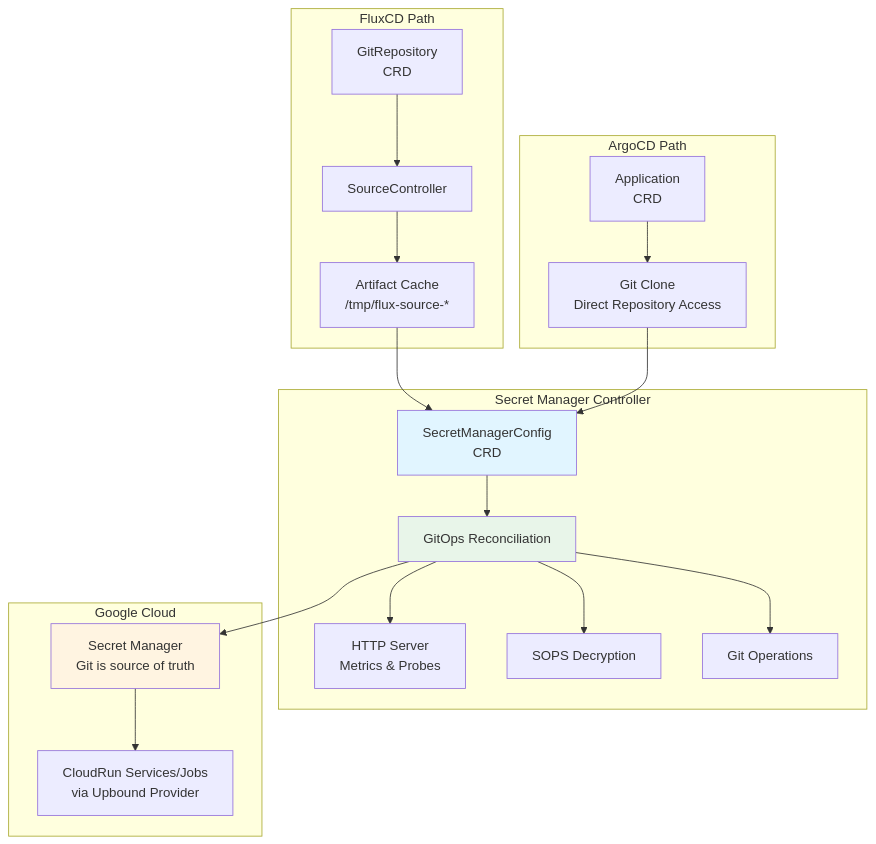
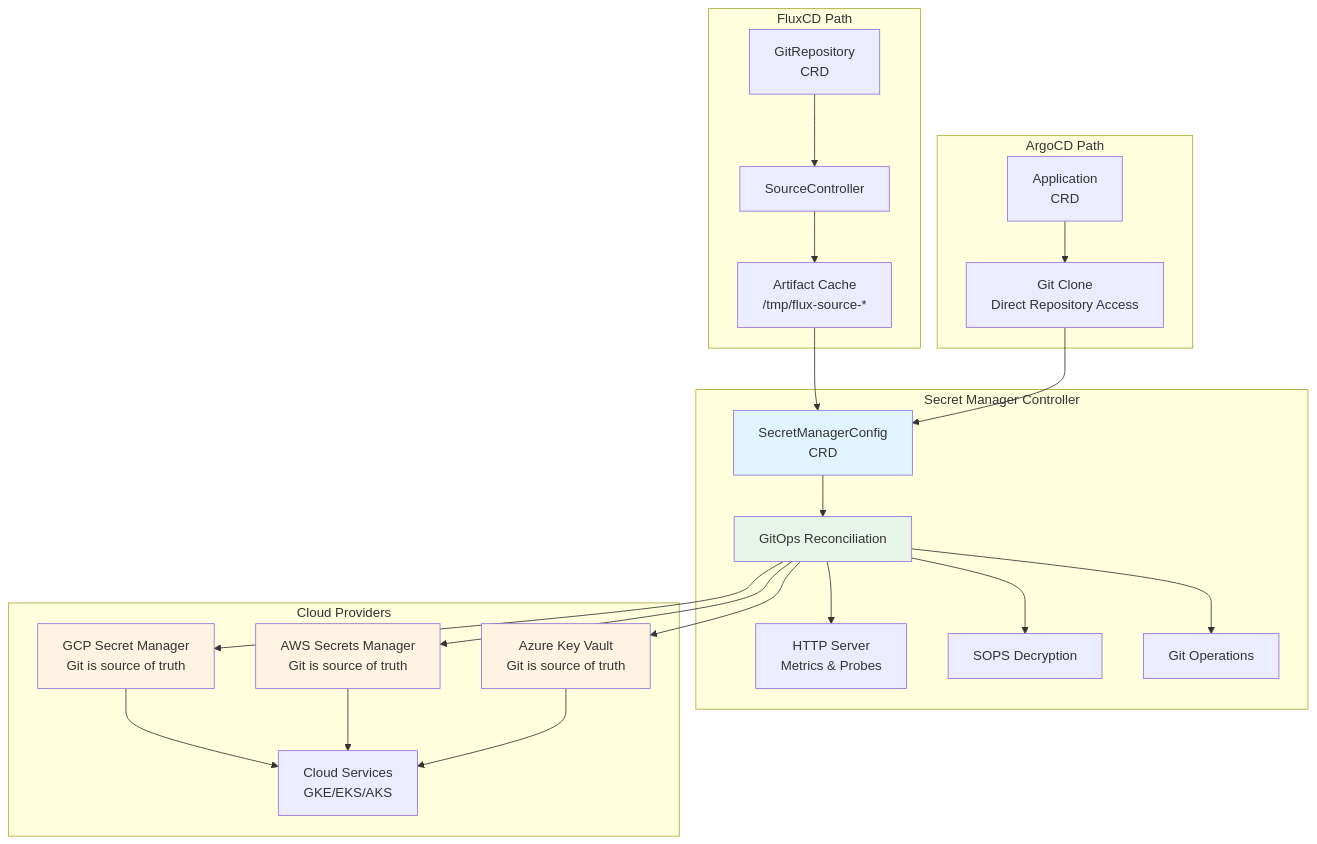
One commit to octopilot/secret-manager-controller changed the first of 3 diagrams in README.md. Above: the diagram before and after it, drawn with Mermaid. The commit also changed other lines of this file and 36 other files, not shown here.

Commit message:
aws and azure

````diff
--- a/README.md
+++ b/README.md
@@ -19,43 +23,51 @@
 ```mermaid
 flowchart TB
     subgraph FluxCD["FluxCD Path"]
         FR[GitRepository<br/>CRD]
         SC[SourceController]
         AC[Artifact Cache<br/>/tmp/flux-source-*]
         FR --> SC
         SC --> AC
     end
     
     subgraph ArgoCD["ArgoCD Path"]
         AA[Application<br/>CRD]
         GC[Git Clone<br/>Direct Repository Access]
         AA --> GC
     end
     
     subgraph Controller["Secret Manager Controller"]
         CRD[SecretManagerConfig<br/>CRD]
         HTTP[HTTP Server<br/>Metrics & Probes]
         SOPS[SOPS Decryption]
         GIT[Git Operations]
         RECON[GitOps Reconciliation]
         
         CRD --> RECON
         RECON --> SOPS
         RECON --> GIT
         RECON --> HTTP
     end
     
-    subgraph GCP["Google Cloud"]
-        GSM[Secret Manager<br/>Git is source of truth]
-        CR[CloudRun Services/Jobs<br/>via Upbound Provider]
-        GSM --> CR
+    subgraph Cloud["Cloud Providers"]
+        GCP[GCP Secret Manager<br/>Git is source of truth]
+        AWS[AWS Secrets Manager<br/>Git is source of truth]
+        Azure[Azure Key Vault<br/>Git is source of truth]
+        Services[Cloud Services<br/>GKE/EKS/AKS]
+        GCP --> Services
+        AWS --> Services
+        Azure --> Services
     end
     
     AC --> CRD
     GC --> CRD
-    RECON --> GSM
+    RECON --> GCP
+    RECON --> AWS
+    RECON --> Azure
     
     style CRD fill:#e1f5ff
-    style GSM fill:#fff4e1
+    style GCP fill:#fff4e1
+    style AWS fill:#fff4e1
+    style Azure fill:#fff4e1
     style RECON fill:#e8f5e9
 ```
````
